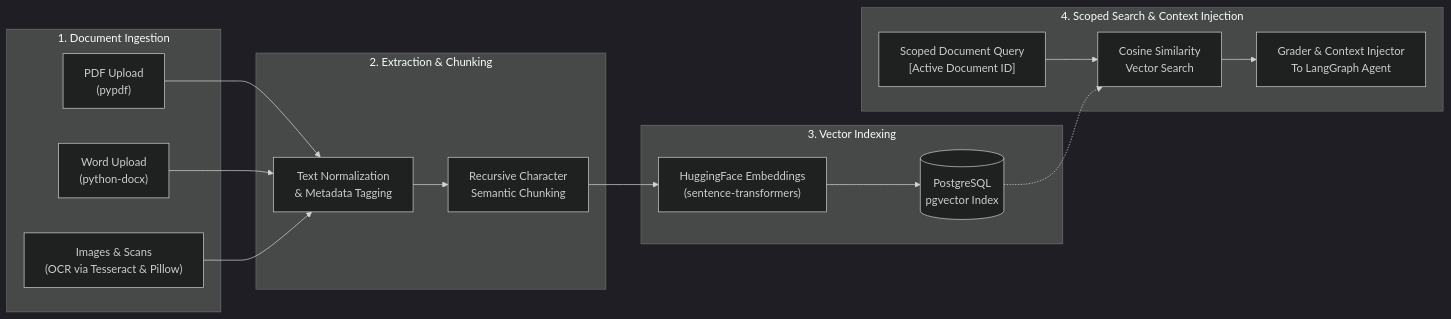
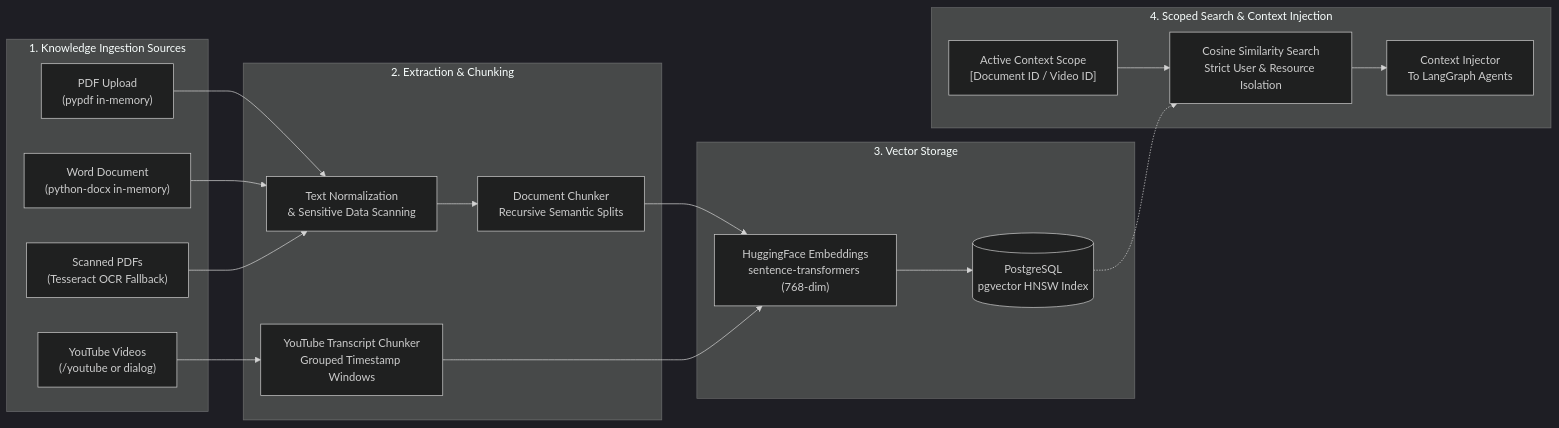
Before and after one commit to Sandeep-singh-99/Nexora-AI: the third of 4 diagrams in README.md, drawn with Mermaid (dark theme). The commit also changed other lines of this file and 1 other file, not shown here.

````diff
--- a/README.md
+++ b/README.md
@@ -168,34 +189,38 @@
 ```mermaid
 flowchart LR
-    subgraph Ingestion ["1. Document Ingestion"]
-        A1["PDF Upload\n(pypdf)"]
-        A2["Word Upload\n(python-docx)"]
-        A3["Images & Scans\n(OCR via Tesseract & Pillow)"]
+    subgraph Ingestion ["1. Knowledge Ingestion Sources"]
+        A1["PDF Upload\n(pypdf in-memory)"]
+        A2["Word Document\n(python-docx in-memory)"]
+        A3["Scanned PDFs\n(Tesseract OCR Fallback)"]
+        A4["YouTube Videos\n(/youtube <url> or dialog)"]
     end
 
     subgraph Processing ["2. Extraction & Chunking"]
-        B1["Text Normalization\n& Metadata Tagging"]
-        B2["Recursive Character\nSemantic Chunking"]
+        B1["Text Normalization\n& Sensitive Data Scanning"]
+        B2["Document Chunker\nRecursive Semantic Splits"]
+        B3["YouTube Transcript Chunker\nGrouped Timestamp Windows"]
     end
 
-    subgraph Embedding_Store ["3. Vector Indexing"]
-        C1["HuggingFace Embeddings\n(sentence-transformers)"]
-        C2[("PostgreSQL\npgvector Index")]
+    subgraph Embedding_Store ["3. Vector Storage"]
+        C1["HuggingFace Embeddings\nsentence-transformers (768-dim)"]
+        C2[("PostgreSQL\npgvector HNSW Index")]
     end
 
     subgraph Retrieval ["4. Scoped Search & Context Injection"]
-        D1["Scoped Document Query\n[Active Document ID]"]
-        D2["Cosine Similarity\nVector Search"]
-        D3["Grader & Context Injector\nTo LangGraph Agent"]
+        D1["Active Context Scope\n[Document ID / Video ID]"]
+        D2["Cosine Similarity Search\nStrict User & Resource Isolation"]
+        D3["Context Injector\nTo LangGraph Agents"]
     end
 
     A1 --> B1
     A2 --> B1
     A3 --> B1
+    A4 --> B3
     B1 --> B2
     B2 --> C1
+    B3 --> C1
     C1 --> C2
     D1 --> D2
     C2 -.-> D2
     D2 --> D3
 ```
````
